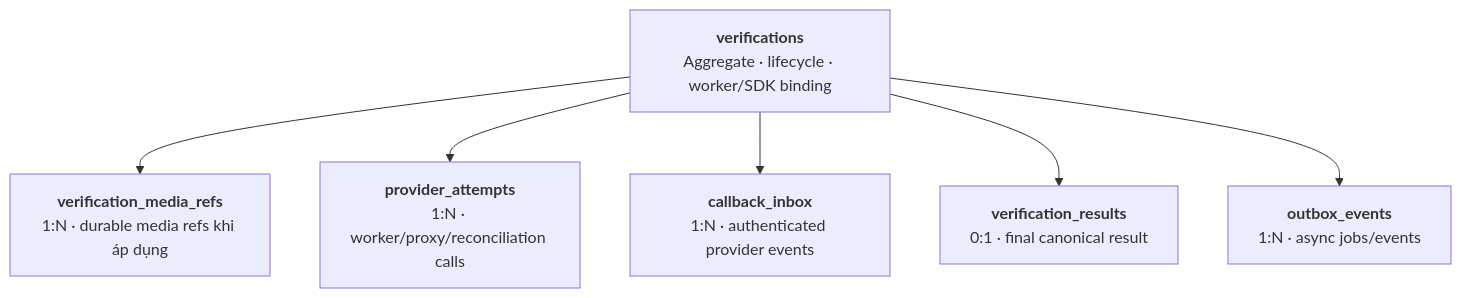
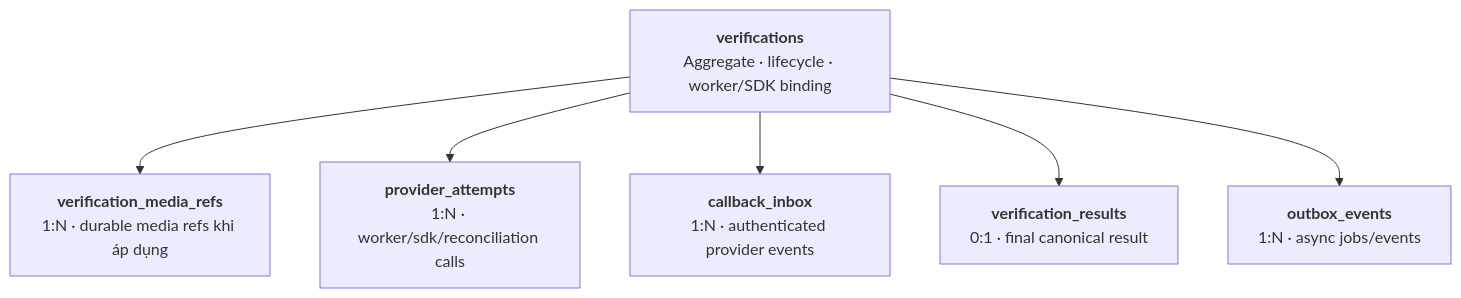
One commit to huynv-xyz/vhm changed the eighth of 8 diagrams in noxh-ekyc.md. Above: the diagram before and after it, drawn with Mermaid. The commit also changed other lines of this file, not shown here.

````diff
--- a/noxh-ekyc.md
+++ b/noxh-ekyc.md
@@ -747,21 +750,21 @@
 ```mermaid
 flowchart TB
     VERIFICATION["`**verifications**
 Aggregate · lifecycle · worker/SDK binding`"]
     MEDIA["`**verification_media_refs**
 1:N · durable media refs khi áp dụng`"]
     ATTEMPT["`**provider_attempts**
-1:N · worker/proxy/reconciliation calls`"]
+1:N · worker/sdk/reconciliation calls`"]
     INBOX["`**callback_inbox**
 1:N · authenticated provider events`"]
     RESULT["`**verification_results**
 0:1 · final canonical result`"]
     OUTBOX["`**outbox_events**
 1:N · async jobs/events`"]
 
     VERIFICATION --> MEDIA
     VERIFICATION --> ATTEMPT
     VERIFICATION --> INBOX
     VERIFICATION --> RESULT
     VERIFICATION --> OUTBOX
 ```
````
